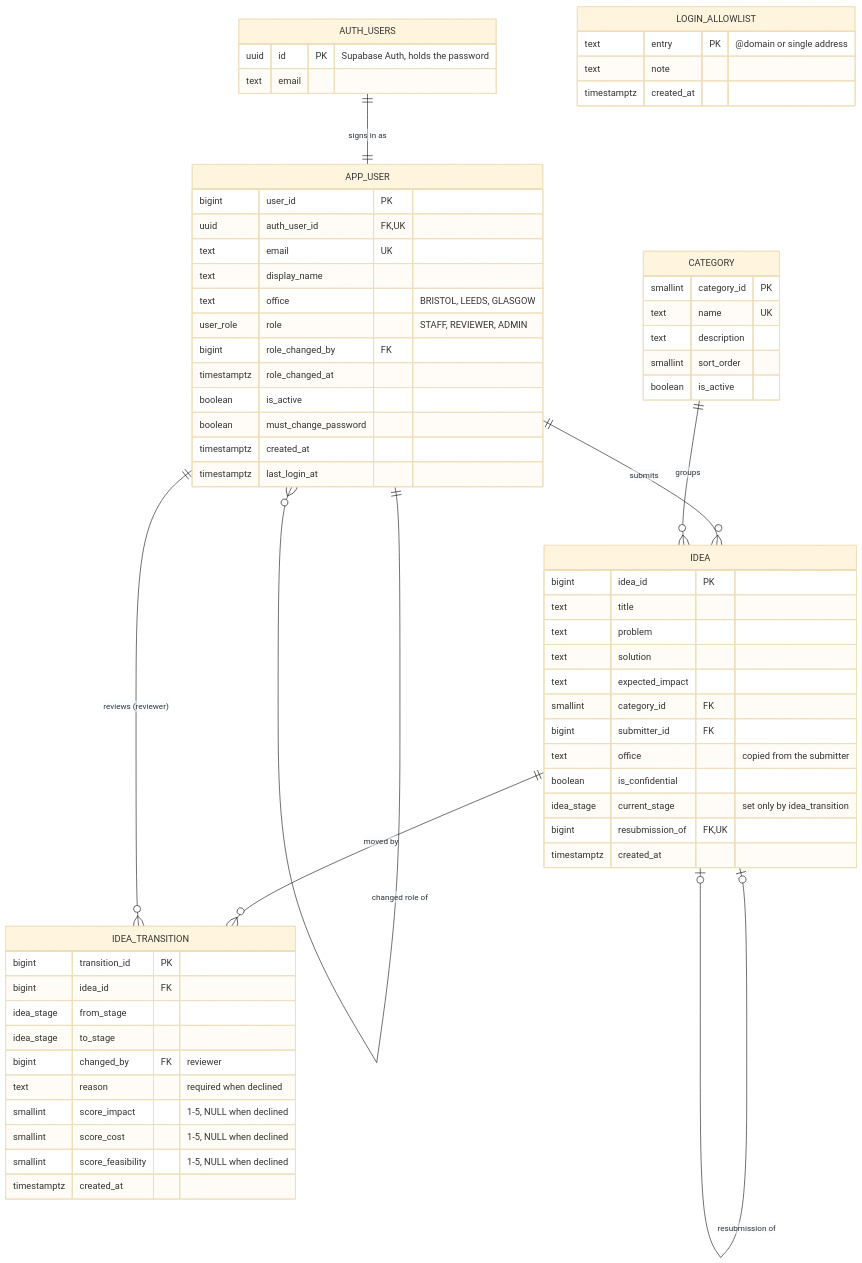
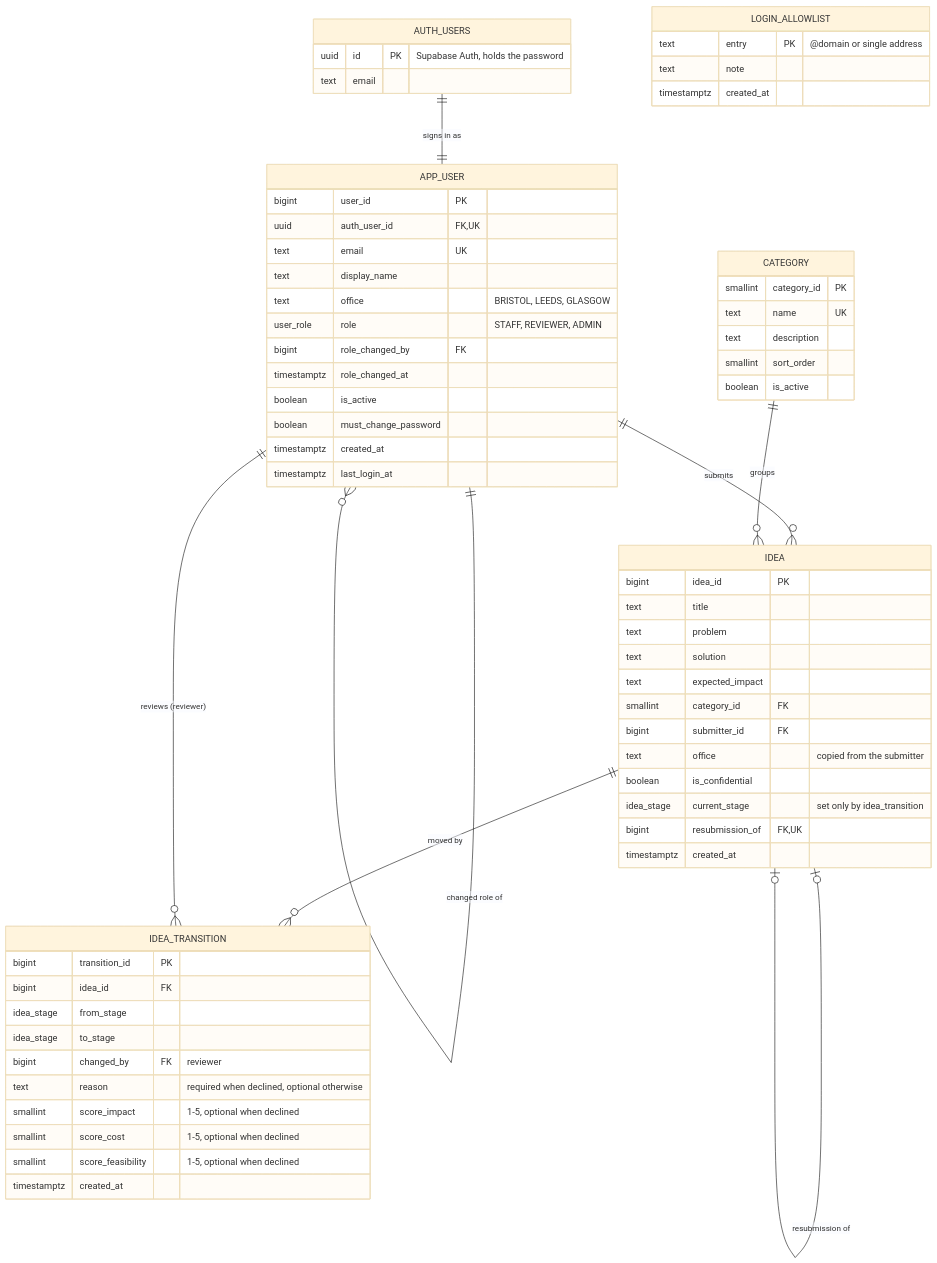
The diagram in design/DataModel/Implemented-Datamodel/dataModel.md (mistakanista/ideaforge), drawn with Mermaid (base theme) before and after one commit. The commit also changed other lines of this file and 4 other files, not shown here.

````diff
--- a/design/DataModel/Implemented-Datamodel/dataModel.md
+++ b/design/DataModel/Implemented-Datamodel/dataModel.md
@@ -10,67 +10,67 @@
 ```mermaid
 erDiagram
     AUTH_USERS ||--|| APP_USER : "signs in as"
     APP_USER ||--o{ APP_USER : "changed role of"
     APP_USER ||--o{ IDEA : submits
     CATEGORY ||--o{ IDEA : groups
     IDEA |o--o| IDEA : "resubmission of"
     IDEA ||--o{ IDEA_TRANSITION : "moved by"
     APP_USER ||--o{ IDEA_TRANSITION : "reviews (reviewer)"
 
     AUTH_USERS {
         uuid id PK "Supabase Auth, holds the password"
         text email
     }
     APP_USER {
         bigint user_id PK
         uuid auth_user_id FK,UK
         text email UK
         text display_name
         text office "BRISTOL, LEEDS, GLASGOW"
         user_role role "STAFF, REVIEWER, ADMIN"
         bigint role_changed_by FK
         timestamptz role_changed_at
         boolean is_active
         boolean must_change_password
         timestamptz created_at
         timestamptz last_login_at
     }
     LOGIN_ALLOWLIST {
         text entry PK "@domain or single address"
         text note
         timestamptz created_at
     }
     CATEGORY {
         smallint category_id PK
         text name UK
         text description
         smallint sort_order
         boolean is_active
     }
     IDEA {
         bigint idea_id PK
         text title
         text problem
         text solution
         text expected_impact
         smallint category_id FK
         bigint submitter_id FK
         text office "copied from the submitter"
         boolean is_confidential
         idea_stage current_stage "set only by idea_transition"
         bigint resubmission_of FK,UK
         timestamptz created_at
     }
     IDEA_TRANSITION {
         bigint transition_id PK
         bigint idea_id FK
         idea_stage from_stage
         idea_stage to_stage
         bigint changed_by FK "reviewer"
-        text reason "required when declined"
-        smallint score_impact "1-5, NULL when declined"
-        smallint score_cost "1-5, NULL when declined"
-        smallint score_feasibility "1-5, NULL when declined"
+        text reason "required when declined, optional otherwise"
+        smallint score_impact "1-5, optional when declined"
+        smallint score_cost "1-5, optional when declined"
+        smallint score_feasibility "1-5, optional when declined"
         timestamptz created_at
     }
 ```
````
